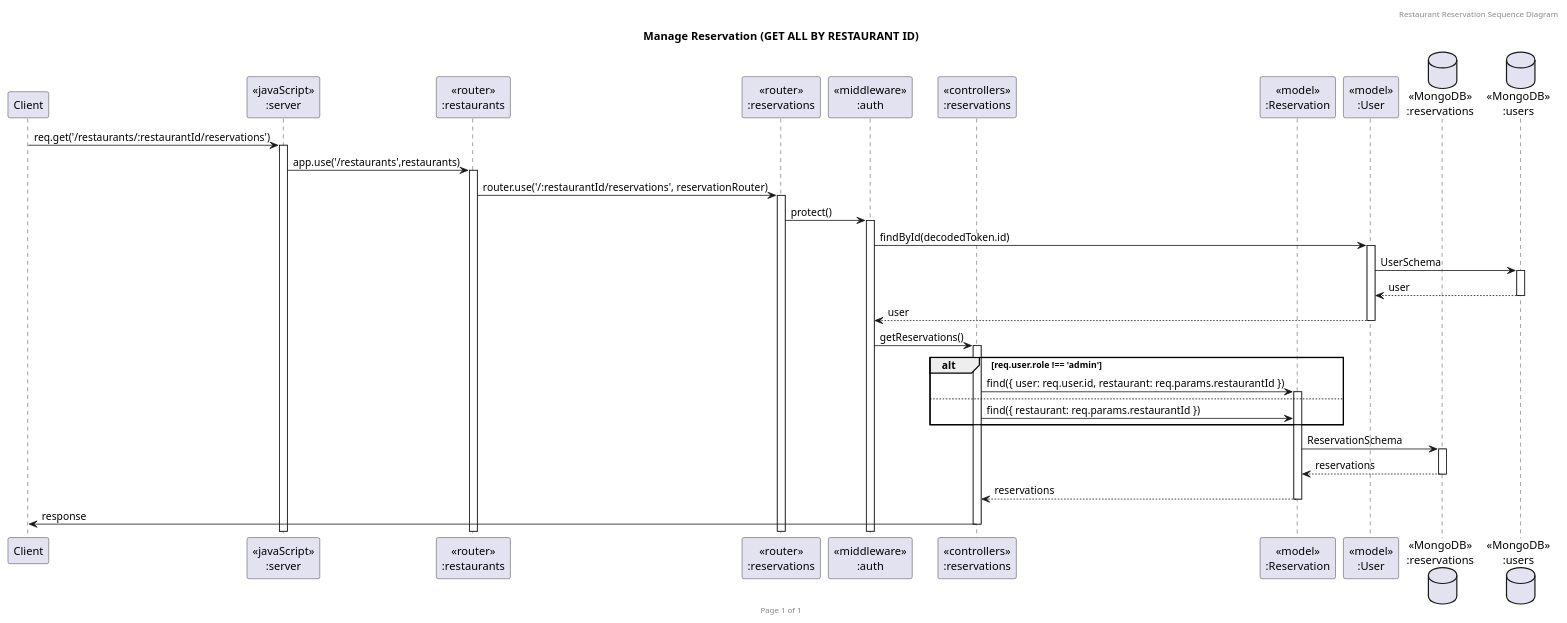
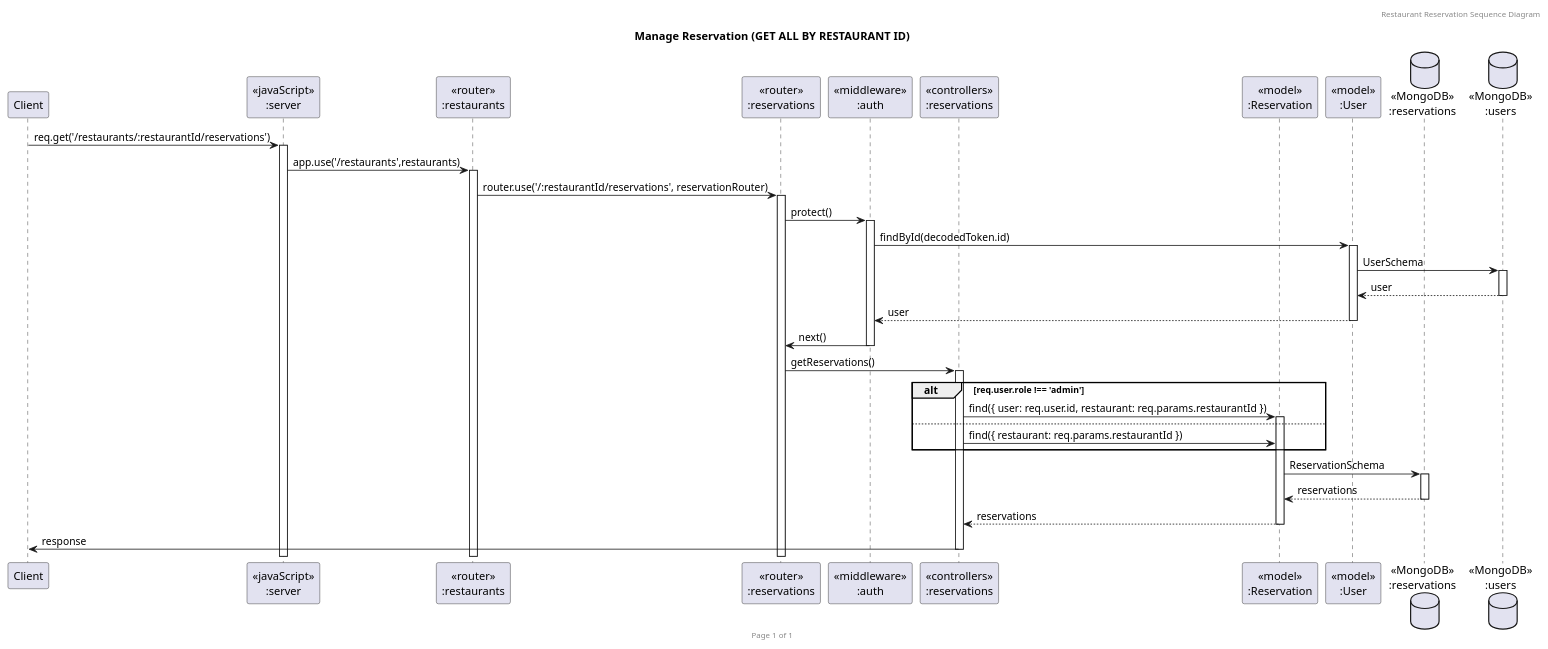
The diagram in doc/sequence-diagrams/reservation/get-reservations-by-restaurant.puml (Prince-in-the-wood/sw-dev-term-project), drawn with PlantUML before and after one commit. The commit also changed 9 other files, not shown here.

Commit message:
docs: Add missing seq in diagram

```diff
--- a/doc/sequence-diagrams/reservation/get-reservations-by-restaurant.puml
+++ b/doc/sequence-diagrams/reservation/get-reservations-by-restaurant.puml
@@ -1,40 +1,41 @@
 @startuml Manage Reservation (GET ALL)
 
 header Restaurant Reservation Sequence Diagram
 footer Page %page% of %lastpage%
 title "Manage Reservation (GET ALL BY RESTAURANT ID)"
 
 participant "Client" as client
 participant "<<javaScript>>\n:server" as server
 participant "<<router>>\n:restaurants" as routerRestaurants
 participant "<<router>>\n:reservations" as routerReservations
 participant "<<middleware>>\n:auth" as middlewareAuth
 participant "<<controllers>>\n:reservations" as controllersReservations
 participant "<<model>>\n:Reservation" as modelReservation
 participant "<<model>>\n:User" as modelUser
 database "<<MongoDB>>\n:reservations" as ReservationsDatabase
 database "<<MongoDB>>\n:users" as UsersDatabase
 
 ' GET ALL BY RESTAURANT ID
 client->server ++:req.get('/restaurants/:restaurantId/reservations')
 server->routerRestaurants ++:app.use('/restaurants',restaurants)
 routerRestaurants->routerReservations ++:router.use('/:restaurantId/reservations', reservationRouter)
 routerReservations -> middlewareAuth ++:protect()
 middlewareAuth -> modelUser ++:findById(decodedToken.id)
 modelUser -> UsersDatabase ++:UserSchema
 UsersDatabase --> modelUser --:user
 modelUser --> middlewareAuth --:user
-middlewareAuth -> controllersReservations ++:getReservations()
+middlewareAuth -> routerReservations --:next()
+routerReservations -> controllersReservations ++:getReservations()
 
 alt req.user.role !== 'admin'
     controllersReservations->modelReservation ++:find({ user: req.user.id, restaurant: req.params.restaurantId })
 else
     controllersReservations->modelReservation :find({ restaurant: req.params.restaurantId })
 end
 
 modelReservation ->ReservationsDatabase ++: ReservationSchema
 ReservationsDatabase --> modelReservation --: reservations
 controllersReservations <-- modelReservation --:reservations
 controllersReservations->client --:response
 
 @enduml
```
